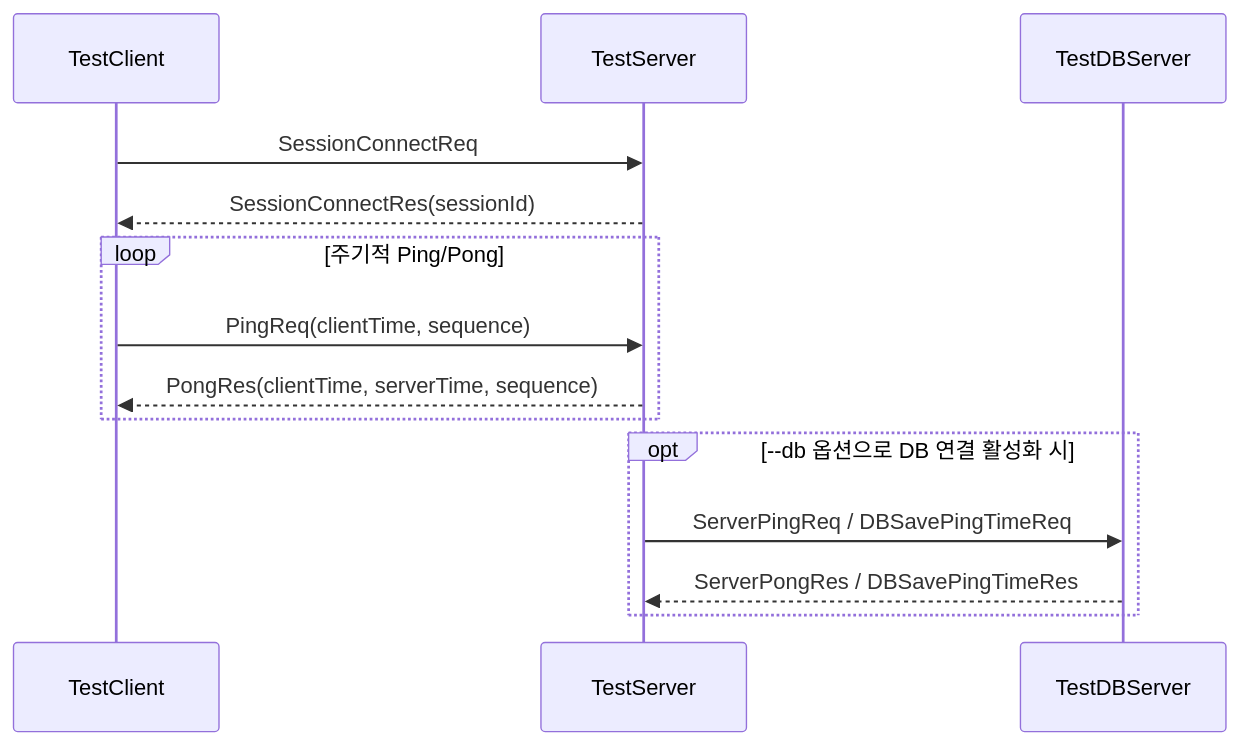
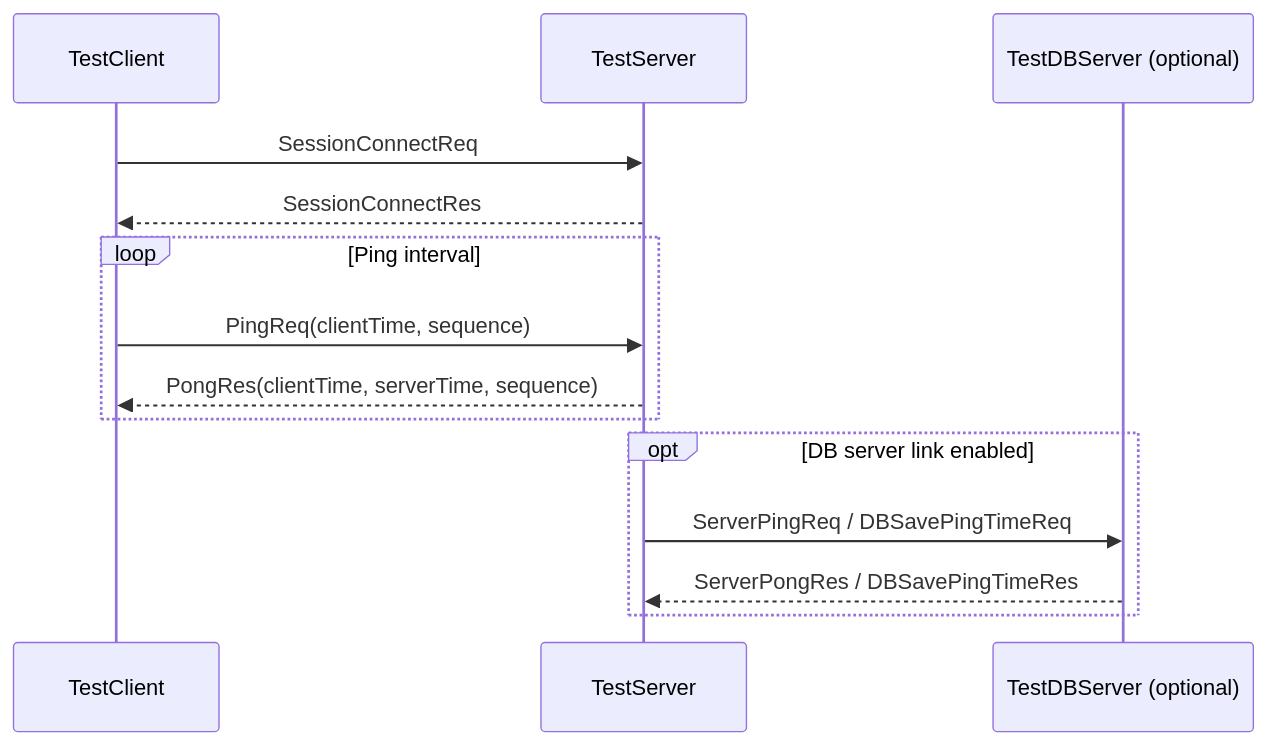
One commit to leedg/PublicStudy changed the second of 2 diagrams in NetworkModuleTest/Doc/07_VisualMap.md. Above: the diagram before and after it, drawn with Mermaid. The commit also changed other lines of this file and 6 other files, not shown here.

````diff
--- a/NetworkModuleTest/Doc/07_VisualMap.md
+++ b/NetworkModuleTest/Doc/07_VisualMap.md
@@ -58,19 +43,19 @@
 ```mermaid
 sequenceDiagram
     participant TC as TestClient
     participant TS as TestServer
-    participant TDB as TestDBServer
+    participant TDB as TestDBServer (optional)
 
     TC->>TS: SessionConnectReq
-    TS-->>TC: SessionConnectRes(sessionId)
+    TS-->>TC: SessionConnectRes
 
-    loop 주기적 Ping/Pong
+    loop Ping interval
         TC->>TS: PingReq(clientTime, sequence)
         TS-->>TC: PongRes(clientTime, serverTime, sequence)
     end
 
-    opt --db 옵션으로 DB 연결 활성화 시
+    opt DB server link enabled
         TS->>TDB: ServerPingReq / DBSavePingTimeReq
         TDB-->>TS: ServerPongRes / DBSavePingTimeRes
     end
 ```
````
